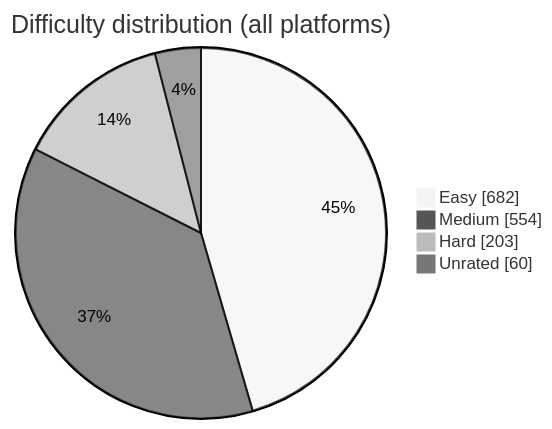
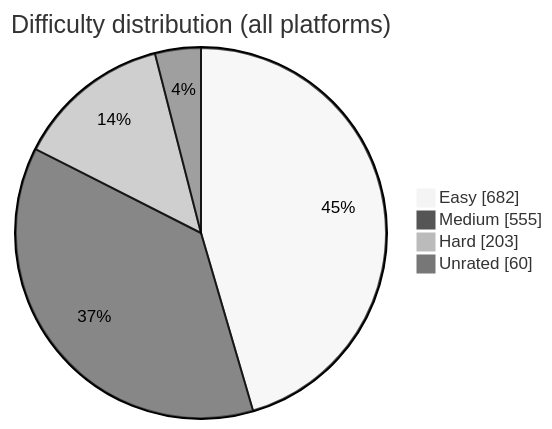
The diagram in README.md (BuildbyArindam/Daily-Coding-Log), drawn with Mermaid (neutral theme) before and after one commit. The commit also changed other lines of this file, not shown here.

````diff
--- a/README.md
+++ b/README.md
@@ -93,7 +93,7 @@
 ```mermaid
 pie showData title Difficulty distribution (all platforms)
     "Easy" : 682
-    "Medium" : 554
+    "Medium" : 555
     "Hard" : 203
     "Unrated" : 60
 ```
````
